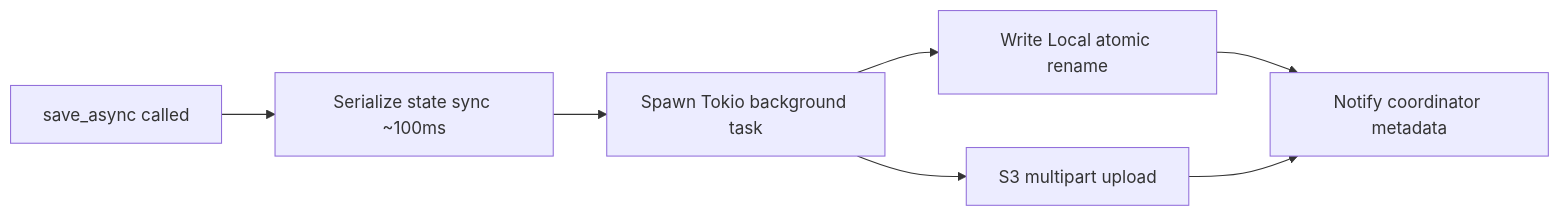
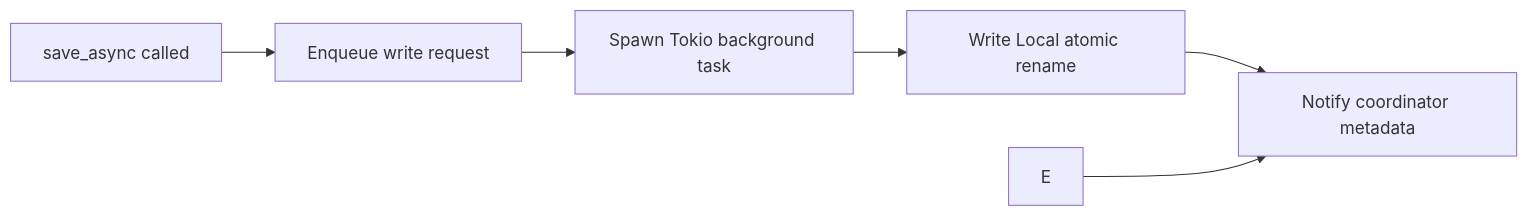
The third of 3 diagrams in docs/ARCHITECTURE.md (syrilj/Strata), drawn with Mermaid before and after one commit. The commit also changed other lines of this file and 1 other file, not shown here.

First line of the commit message:
docs: correct ARCHITECTURE and WALKTHROUGH to match the code

````diff
--- a/docs/ARCHITECTURE.md
+++ b/docs/ARCHITECTURE.md
@@ -59,8 +59,7 @@
 ```mermaid
 flowchart LR
-    A[save_async called] --> B[Serialize state sync ~100ms]
+    A[save_async called] --> B[Enqueue write request]
     B --> C[Spawn Tokio background task]
     C --> D[Write Local atomic rename]
-    C --> E[S3 multipart upload]
     D & E --> F[Notify coordinator metadata]
 ```
````
